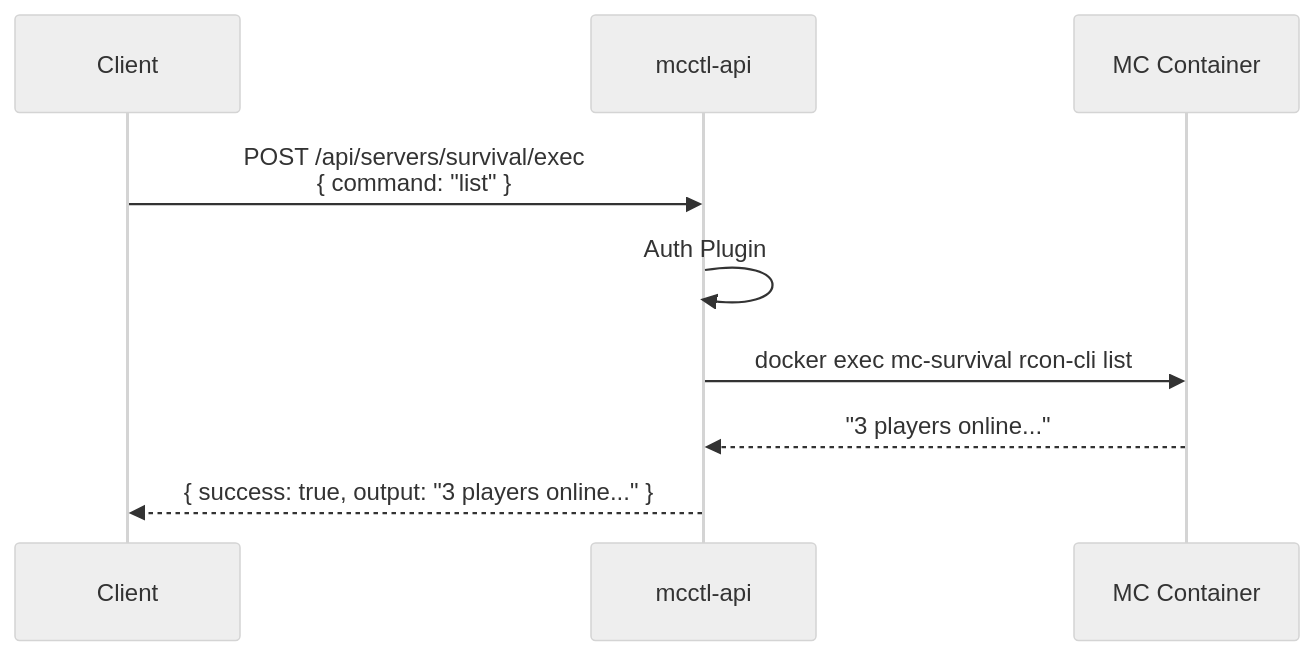
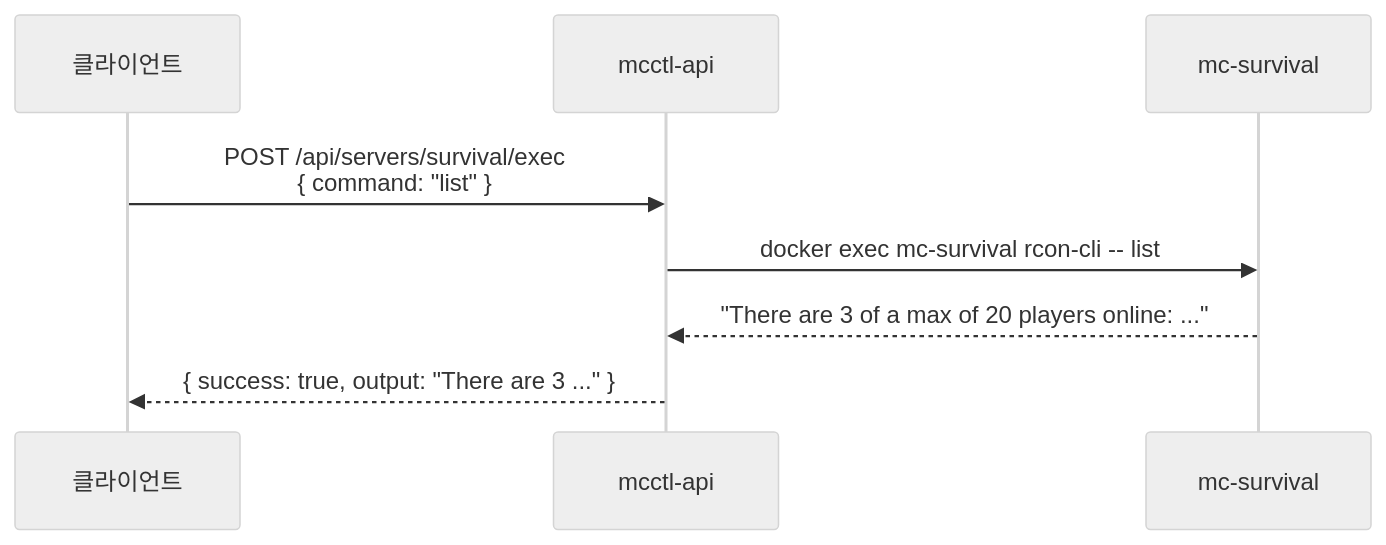
The third of 5 diagrams in docs/api/index.ko.md (smallmiro/minecraft-server-manager), drawn with Mermaid (neutral theme) before and after one commit. The commit also changed other lines of this file and 9 other files, not shown here.

````diff
--- a/docs/api/index.ko.md
+++ b/docs/api/index.ko.md
@@ -110,12 +61,11 @@
 ```mermaid
 sequenceDiagram
-    participant C as Client
+    participant C as 클라이언트
     participant A as mcctl-api
-    participant MC as MC Container
+    participant MC as mc-survival
 
     C->>A: POST /api/servers/survival/exec<br/>{ command: "list" }
-    A->>A: Auth Plugin
-    A->>MC: docker exec mc-survival rcon-cli list
-    MC-->>A: "3 players online..."
-    A-->>C: { success: true, output: "3 players online..." }
+    A->>MC: docker exec mc-survival rcon-cli -- list
+    MC-->>A: "There are 3 of a max of 20 players online: ..."
+    A-->>C: { success: true, output: "There are 3 ..." }
 ```
````
